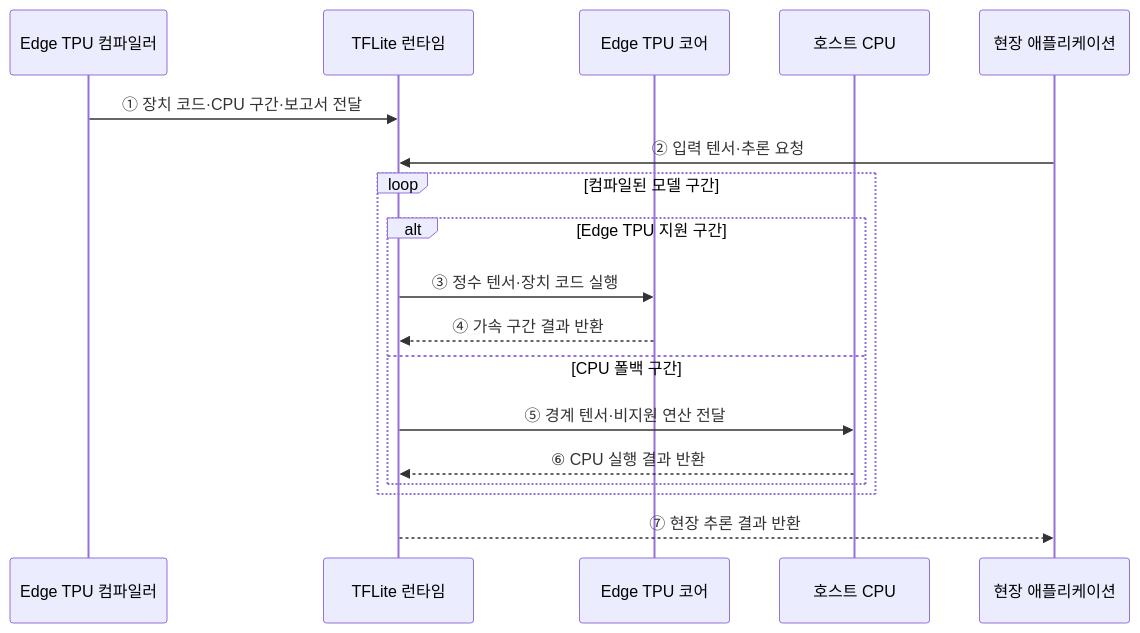
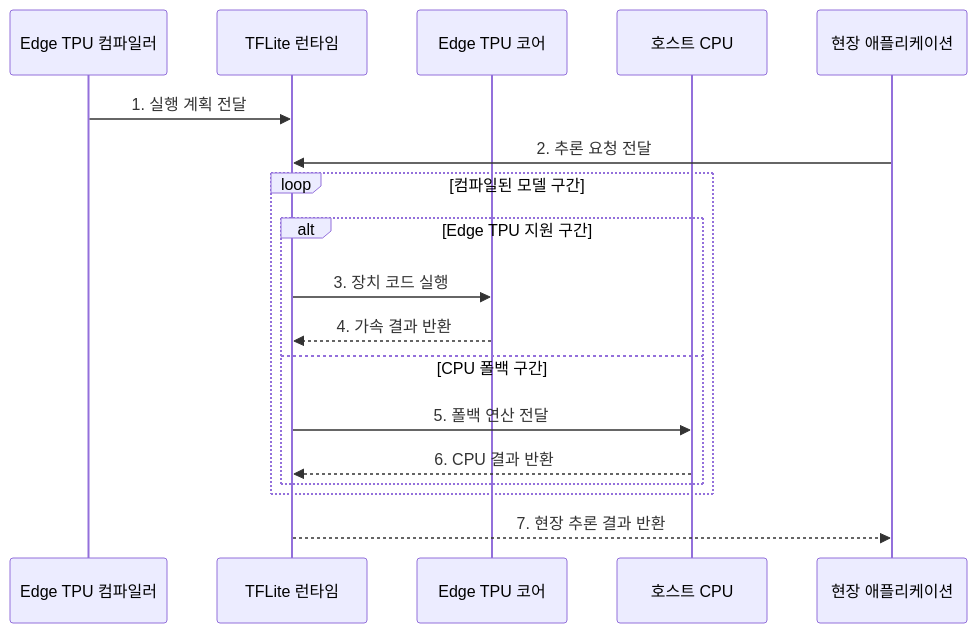
Before and after one commit to agnusdei1207/knowledge-base: the second of 2 diagrams in src/content/docs/notes/02-hardware/045_edge_tpu.md, drawn with Mermaid. The commit also changed other lines of this file and 20 other files, not shown here.

````diff
--- a/src/content/docs/notes/02-hardware/045_edge_tpu.md
+++ b/src/content/docs/notes/02-hardware/045_edge_tpu.md
@@ -82,21 +87,21 @@
 ```mermaid
 sequenceDiagram
     participant C as Edge TPU 컴파일러
     participant R as TFLite 런타임
     participant E as Edge TPU 코어
     participant H as 호스트 CPU
     participant A as 현장 애플리케이션
 
-    C->>R: ① 장치 코드·CPU 구간·보고서 전달
-    A->>R: ② 입력 텐서·추론 요청
+    C->>R: 1. 실행 계획 전달
+    A->>R: 2. 추론 요청 전달
     loop 컴파일된 모델 구간
         alt Edge TPU 지원 구간
-            R->>E: ③ 정수 텐서·장치 코드 실행
-            E-->>R: ④ 가속 구간 결과 반환
+            R->>E: 3. 장치 코드 실행
+            E-->>R: 4. 가속 결과 반환
         else CPU 폴백 구간
-            R->>H: ⑤ 경계 텐서·비지원 연산 전달
-            H-->>R: ⑥ CPU 실행 결과 반환
+            R->>H: 5. 폴백 연산 전달
+            H-->>R: 6. CPU 결과 반환
         end
     end
-    R-->>A: ⑦ 현장 추론 결과 반환
+    R-->>A: 7. 현장 추론 결과 반환
 ```
````
